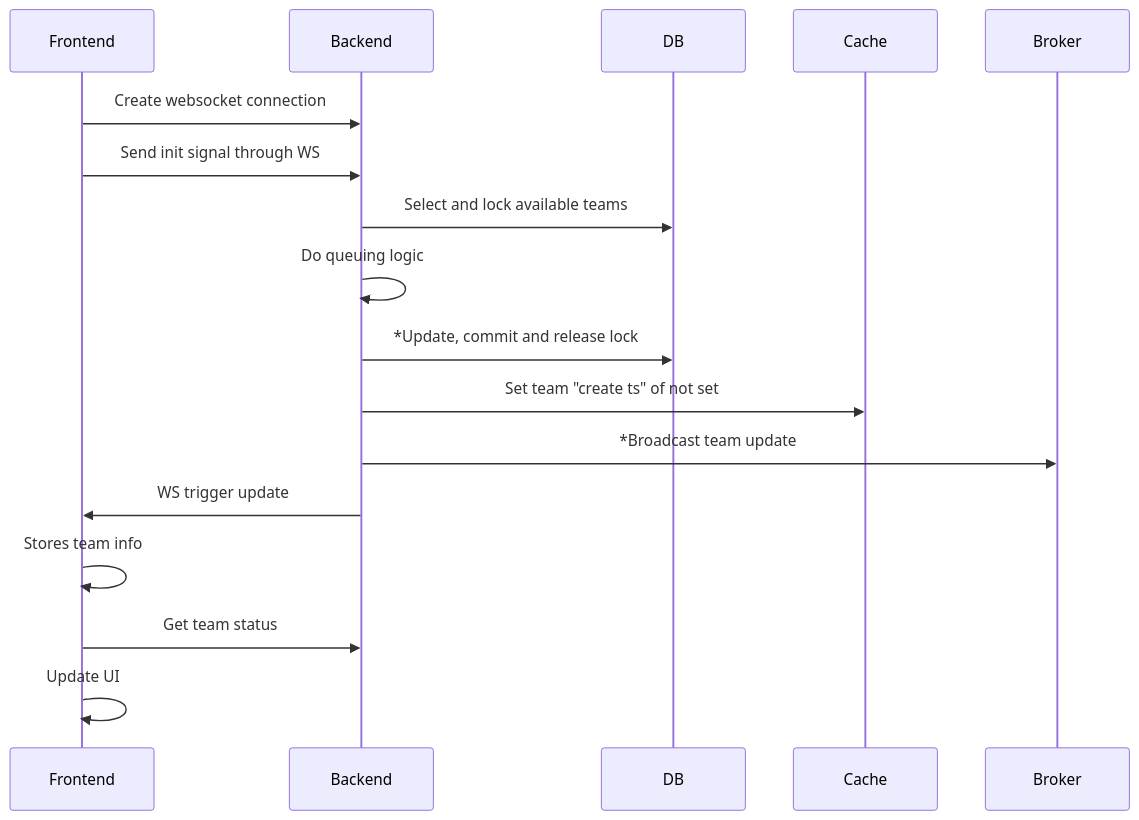
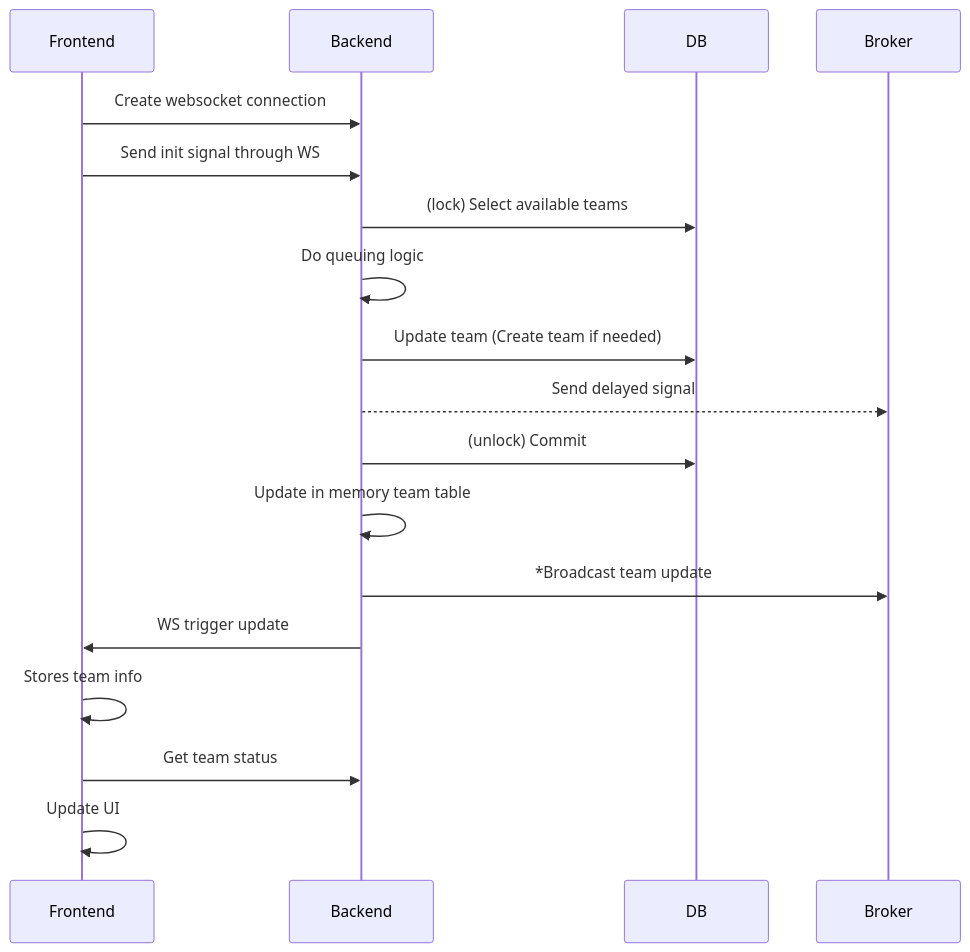
Before and after one commit to AlexFangSW/Typephoon: the second of 4 diagrams in docs/workflows/lobby_multi.md, drawn with Mermaid. The commit also changed other lines of this file and 1 other file, not shown here.

````diff
--- a/docs/workflows/lobby_multi.md
+++ b/docs/workflows/lobby_multi.md
@@ -28,14 +28,16 @@
 ```mermaid
 sequenceDiagram
     Frontend ->> Backend: Create websocket connection 
     Frontend ->> Backend: Send init signal through WS
-    Backend ->> DB: Select and lock available teams 
+    Backend ->> DB: (lock) Select available teams 
     Backend ->> Backend: Do queuing logic
-    Backend ->> DB: *Update, commit and release lock
-    Backend ->> Cache: Set team "create ts" of not set
+    Backend ->> DB: Update team (Create team if needed)
+    Backend -->> Broker: Send delayed signal
+    Backend ->> DB: (unlock) Commit
+    Backend ->> Backend: Update in memory team table
     Backend ->> Broker: *Broadcast team update
     Backend ->> Frontend: WS trigger update
     Frontend ->> Frontend: Stores team info
     Frontend ->> Backend: Get team status
     Frontend ->> Frontend: Update UI
 ```
````
